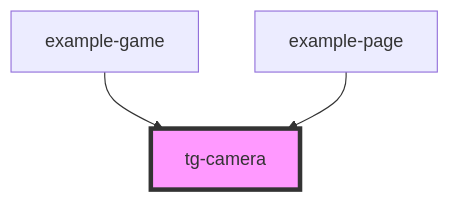
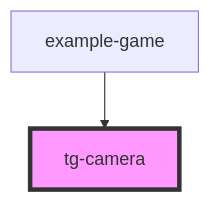
Before and after one commit to Scan0815/tg-engine: the diagram in src/components/engine/tg-camera/readme.md, drawn with Mermaid. The commit also changed other lines of this file and 6 other files, not shown here.

````diff
--- a/src/components/engine/tg-camera/readme.md
+++ b/src/components/engine/tg-camera/readme.md
@@ -26,6 +25,5 @@
 ```mermaid
 graph TD;
   example-game --> tg-camera
-  example-page --> tg-camera
   style tg-camera fill:#f9f,stroke:#333,stroke-width:4px
 ```
````
